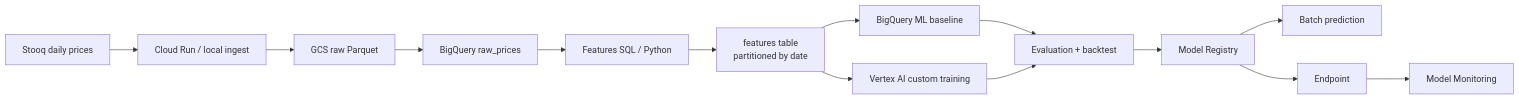
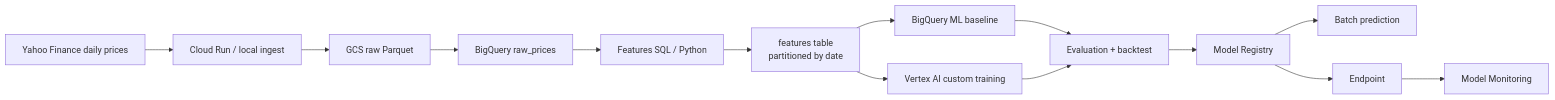
Before and after one commit to celc91/market-signal-pipeline: the diagram in README.md, drawn with Mermaid. The commit also changed other lines of this file and 6 other files, not shown here.

Commit message:
feat: switch ingestion to Yahoo Finance and add local baseline with honest metrics

````diff
--- a/README.md
+++ b/README.md
@@ -29,16 +29,16 @@
 ```mermaid
 flowchart LR
-    A[Stooq daily prices] --> B[Cloud Run / local ingest]
+    A[Yahoo Finance daily prices] --> B[Cloud Run / local ingest]
     B --> C[GCS raw Parquet]
     C --> D[BigQuery raw_prices]
     D --> E[Features SQL / Python]
     E --> F[features table<br/>partitioned by date]
     F --> G[BigQuery ML baseline]
     F --> H[Vertex AI custom training]
     G --> I[Evaluation + backtest]
     H --> I
     I --> J[Model Registry]
     J --> K[Batch prediction]
     J --> L[Endpoint]
     L --> M[Model Monitoring]
 ```
````
